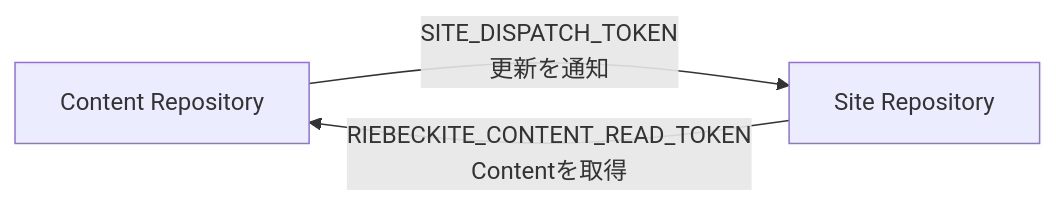
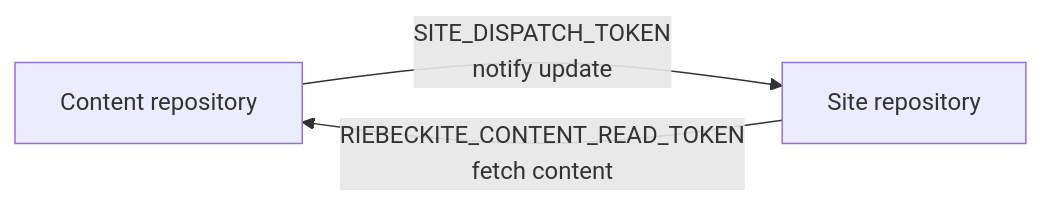
The tenth of 11 diagrams in docs/docs/guides/deployment/github-actions.md (Rerurate514/riebeckite), drawn with Mermaid before and after one commit. The commit also changed other lines of this file and 604 other files, not shown here.

````diff
--- a/docs/docs/guides/deployment/github-actions.md
+++ b/docs/docs/guides/deployment/github-actions.md
@@ -623,8 +565,8 @@
-```mermaid id="z6g3xm"
+```mermaid
 flowchart LR
-    Content["Content Repository"]
-    Site["Site Repository"]
+    Content["Content repository"]
+    Site["Site repository"]
 
-    Content -->|"SITE_DISPATCH_TOKEN<br/>更新を通知"| Site
-    Site -->|"RIEBECKITE_CONTENT_READ_TOKEN<br/>Contentを取得"| Content
+    Content -->|"SITE_DISPATCH_TOKEN<br/>notify update"| Site
+    Site -->|"RIEBECKITE_CONTENT_READ_TOKEN<br/>fetch content"| Content
 ```
````
